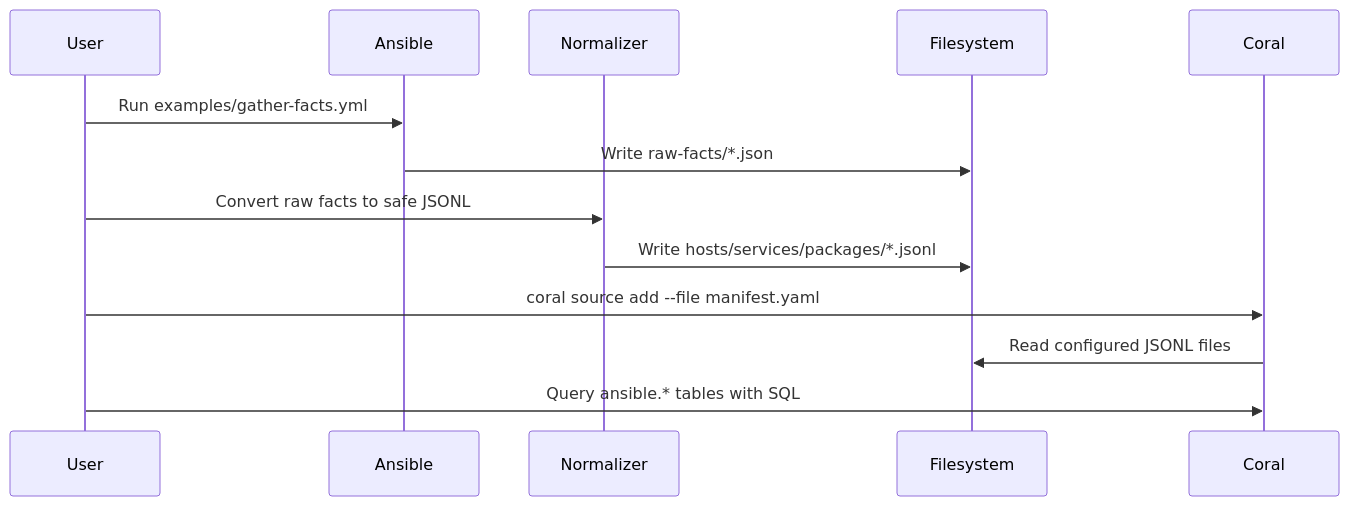
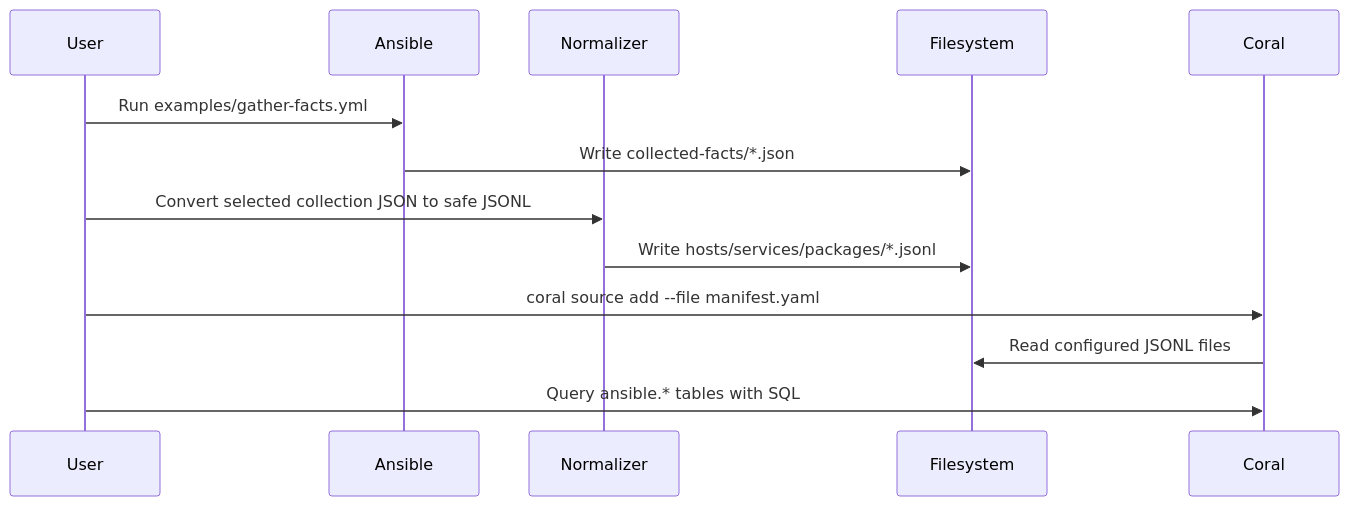
Before and after one commit to withcoral/coral: the second of 2 diagrams in sources/community/ansible/docs/DESIGN.md, drawn with Mermaid. The commit also changed other lines of this file and 6 other files, not shown here.

Commit message:
fix(sources/community/ansible): template selected fact payload

````diff
--- a/sources/community/ansible/docs/DESIGN.md
+++ b/sources/community/ansible/docs/DESIGN.md
@@ -121,16 +121,16 @@
 ```mermaid
 sequenceDiagram
   participant User
   participant Ansible
   participant Normalizer
   participant Filesystem
   participant Coral
 
   User->>Ansible: Run examples/gather-facts.yml
-  Ansible->>Filesystem: Write raw-facts/*.json
-  User->>Normalizer: Convert raw facts to safe JSONL
+  Ansible->>Filesystem: Write collected-facts/*.json
+  User->>Normalizer: Convert selected collection JSON to safe JSONL
   Normalizer->>Filesystem: Write hosts/services/packages/*.jsonl
   User->>Coral: coral source add --file manifest.yaml
   Coral->>Filesystem: Read configured JSONL files
   User->>Coral: Query ansible.* tables with SQL
 ```
````
